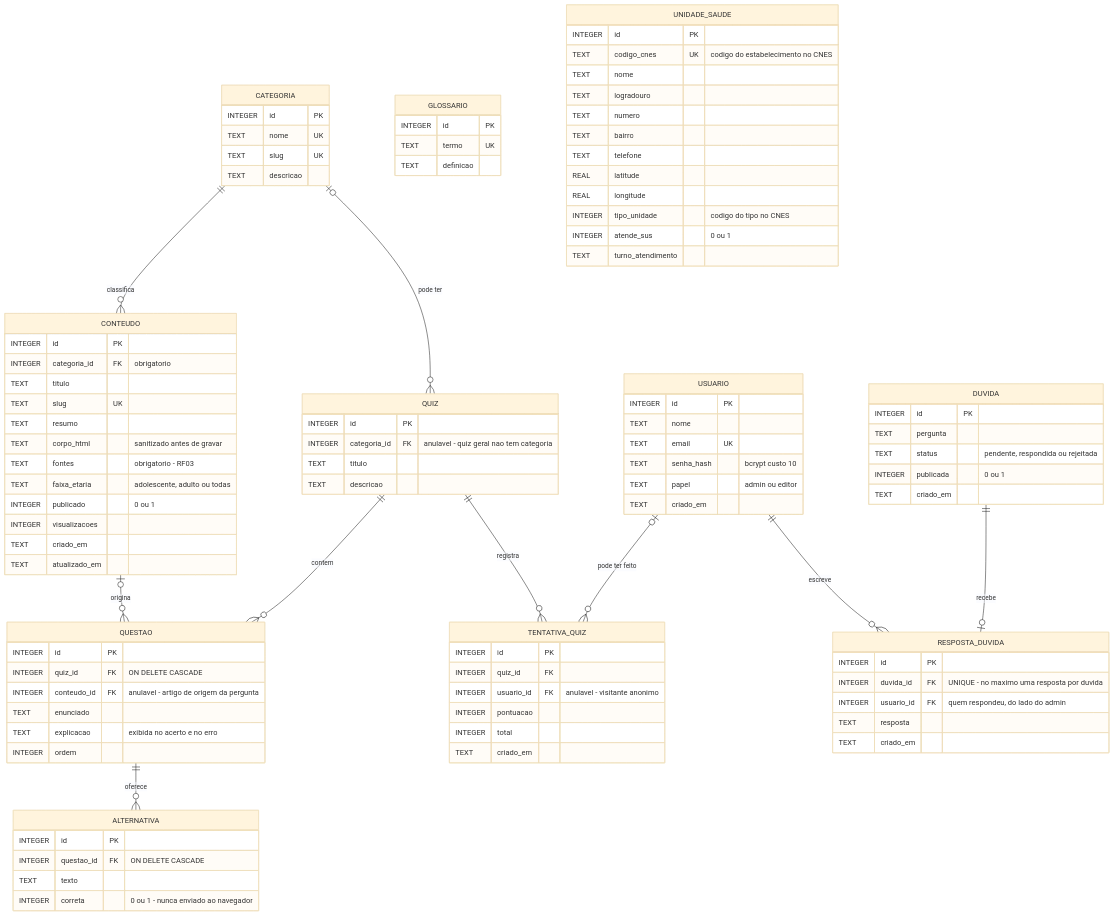
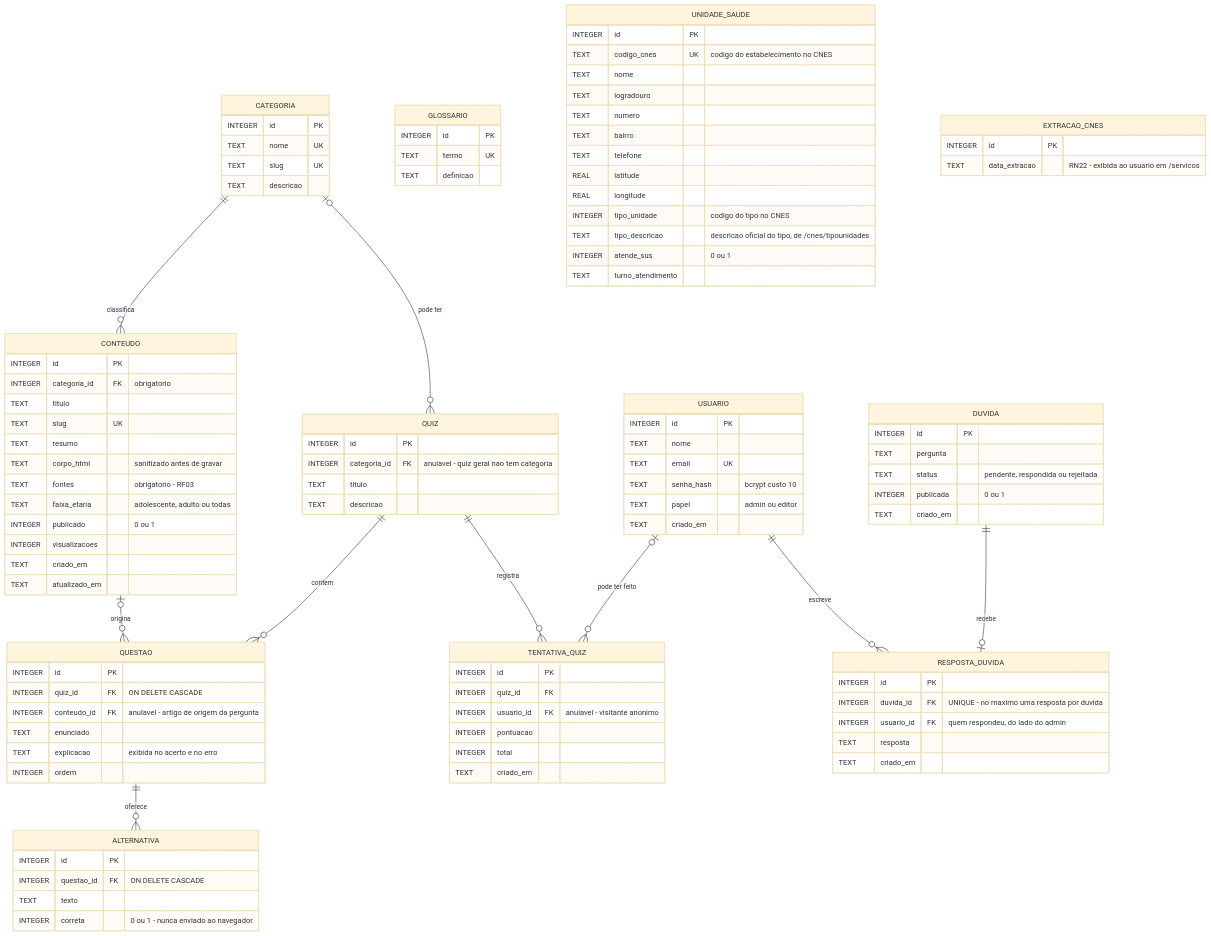
One commit to figueiredxx/vida-cuidaa changed the diagram in docs/der.md. Above: the diagram before and after it, drawn with Mermaid (base theme). The commit also changed other lines of this file and 20 other files, not shown here.

````diff
--- a/docs/der.md
+++ b/docs/der.md
@@ -123,7 +123,13 @@
         REAL latitude
         REAL longitude
         INTEGER tipo_unidade "codigo do tipo no CNES"
+        TEXT tipo_descricao "descricao oficial do tipo, de /cnes/tipounidades"
         INTEGER atende_sus "0 ou 1"
         TEXT turno_atendimento
     }
+
+    EXTRACAO_CNES {
+        INTEGER id PK
+        TEXT data_extracao "RN22 - exibida ao usuario em /servicos"
+    }
 ```
````
